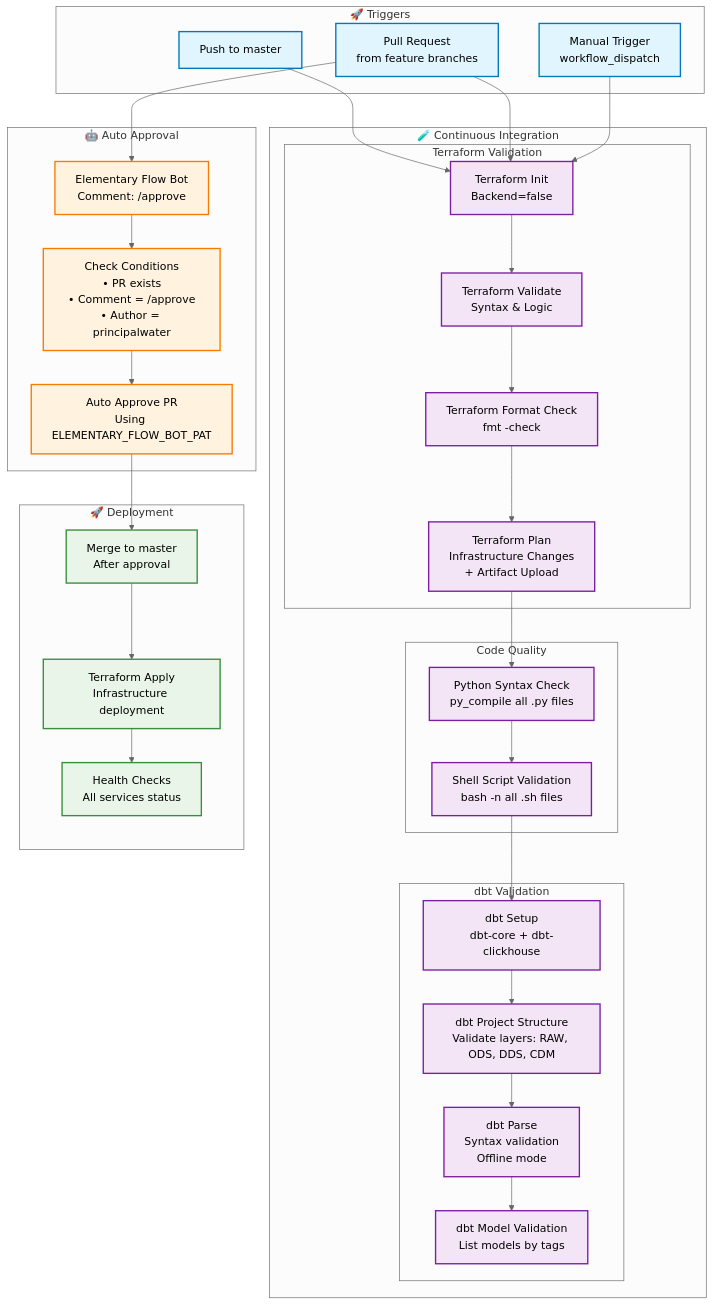
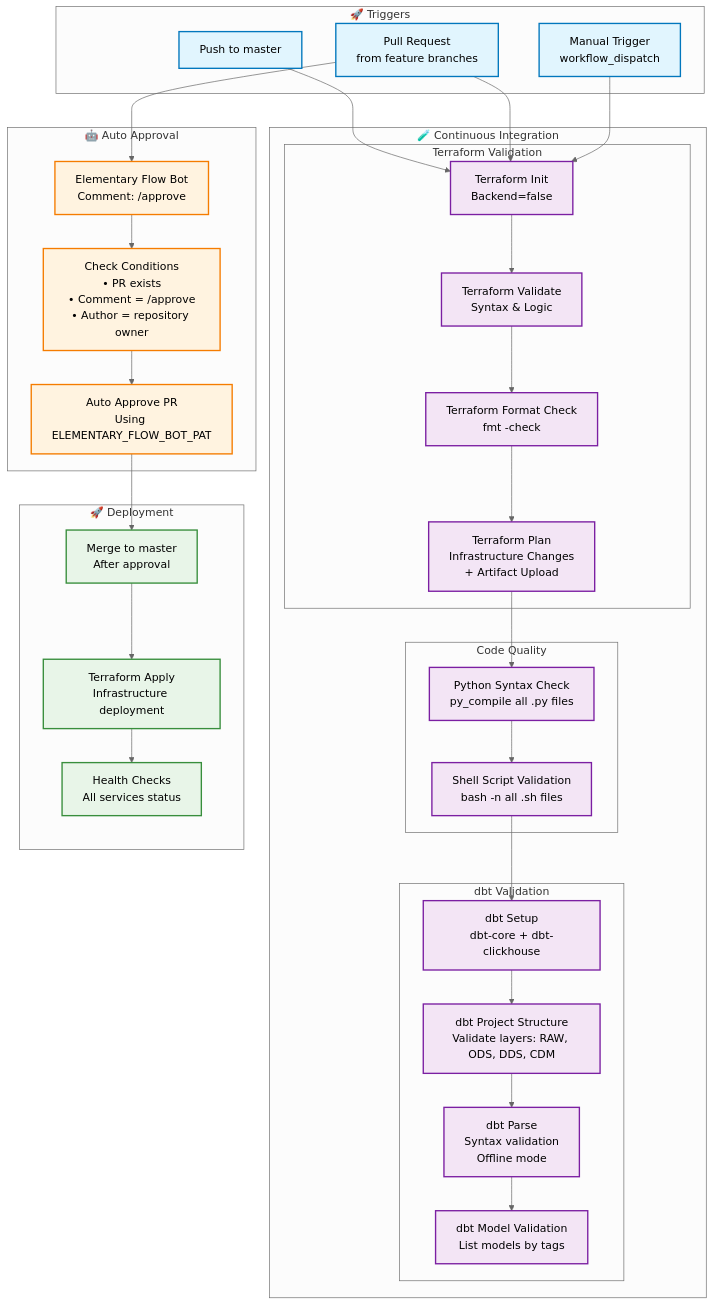
The second of 2 diagrams in docs/CI_CD.md (principalwater/clickhouse-energyhub), drawn with Mermaid (neutral theme) before and after one commit. The commit also changed other lines of this file and 31 other files, not shown here.

````diff
--- a/docs/CI_CD.md
+++ b/docs/CI_CD.md
@@ -126,82 +126,82 @@
 ```mermaid
 flowchart TD
     %% Триггеры
     subgraph "🚀 Triggers"
         PUSH[Push to master]
         PR[Pull Request<br/>from feature branches]
         MANUAL[Manual Trigger<br/>workflow_dispatch]
     end
     
     %% CI этапы (ci.yml)
     subgraph "🧪 Continuous Integration"
         subgraph "Terraform Validation"
             TERRAFORM_INIT[Terraform Init<br/>Backend=false]
             TERRAFORM_VALIDATE[Terraform Validate<br/>Syntax & Logic]
             TERRAFORM_FMT[Terraform Format Check<br/>fmt -check]
             TERRAFORM_PLAN[Terraform Plan<br/>Infrastructure Changes<br/>+ Artifact Upload]
         end
         
         subgraph "Code Quality"
             PYTHON_SYNTAX[Python Syntax Check<br/>py_compile all .py files]
             SHELL_SYNTAX[Shell Script Validation<br/>bash -n all .sh files]
         end
         
         subgraph "dbt Validation"
             DBT_SETUP[dbt Setup<br/>dbt-core + dbt-clickhouse]
             DBT_STRUCTURE[dbt Project Structure<br/>Validate layers: RAW, ODS, DDS, CDM]
             DBT_PARSE[dbt Parse<br/>Syntax validation<br/>Offline mode]
             DBT_MODELS[dbt Model Validation<br/>List models by tags]
         end
     end
     
     %% Auto Approve (approve.yml)
     subgraph "🤖 Auto Approval"
         BOT_TRIGGER[Elementary Flow Bot<br/>Comment: /approve]
-        BOT_CHECK[Check Conditions<br/>• PR exists<br/>• Comment = /approve<br/>• Author = principalwater]
+        BOT_CHECK[Check Conditions<br/>• PR exists<br/>• Comment = /approve<br/>• Author = repository owner]
         AUTO_APPROVE[Auto Approve PR<br/>Using ELEMENTARY_FLOW_BOT_PAT]
     end
     
     %% Развертывание
     subgraph "🚀 Deployment"
         MERGE[Merge to master<br/>After approval]
         TERRAFORM_APPLY[Terraform Apply<br/>Infrastructure deployment]
         HEALTH_CHECK[Health Checks<br/>All services status]
     end
     
     %% Потоки
     PUSH --> TERRAFORM_INIT
     PR --> TERRAFORM_INIT
     MANUAL --> TERRAFORM_INIT
     
     TERRAFORM_INIT --> TERRAFORM_VALIDATE
     TERRAFORM_VALIDATE --> TERRAFORM_FMT
     TERRAFORM_FMT --> TERRAFORM_PLAN
     
     TERRAFORM_PLAN --> PYTHON_SYNTAX
     PYTHON_SYNTAX --> SHELL_SYNTAX
     
     SHELL_SYNTAX --> DBT_SETUP
     DBT_SETUP --> DBT_STRUCTURE
     DBT_STRUCTURE --> DBT_PARSE
     DBT_PARSE --> DBT_MODELS
     
     %% Auto Approve flow
     PR --> BOT_TRIGGER
     BOT_TRIGGER --> BOT_CHECK
     BOT_CHECK --> AUTO_APPROVE
     
     AUTO_APPROVE --> MERGE
     MERGE --> TERRAFORM_APPLY
     TERRAFORM_APPLY --> HEALTH_CHECK
     
     %% Стили
     classDef trigger fill:#e1f5fe,stroke:#0277bd,stroke-width:2px
     classDef ci fill:#f3e5f5,stroke:#7b1fa2,stroke-width:2px
     classDef bot fill:#fff3e0,stroke:#f57c00,stroke-width:2px
     classDef deploy fill:#e8f5e8,stroke:#388e3c,stroke-width:2px
     
     class PUSH,PR,MANUAL trigger
     class TERRAFORM_INIT,TERRAFORM_VALIDATE,TERRAFORM_FMT,TERRAFORM_PLAN,PYTHON_SYNTAX,SHELL_SYNTAX,DBT_SETUP,DBT_STRUCTURE,DBT_PARSE,DBT_MODELS ci
     class BOT_TRIGGER,BOT_CHECK,AUTO_APPROVE bot
     class MERGE,TERRAFORM_APPLY,HEALTH_CHECK deploy
 ```
````
